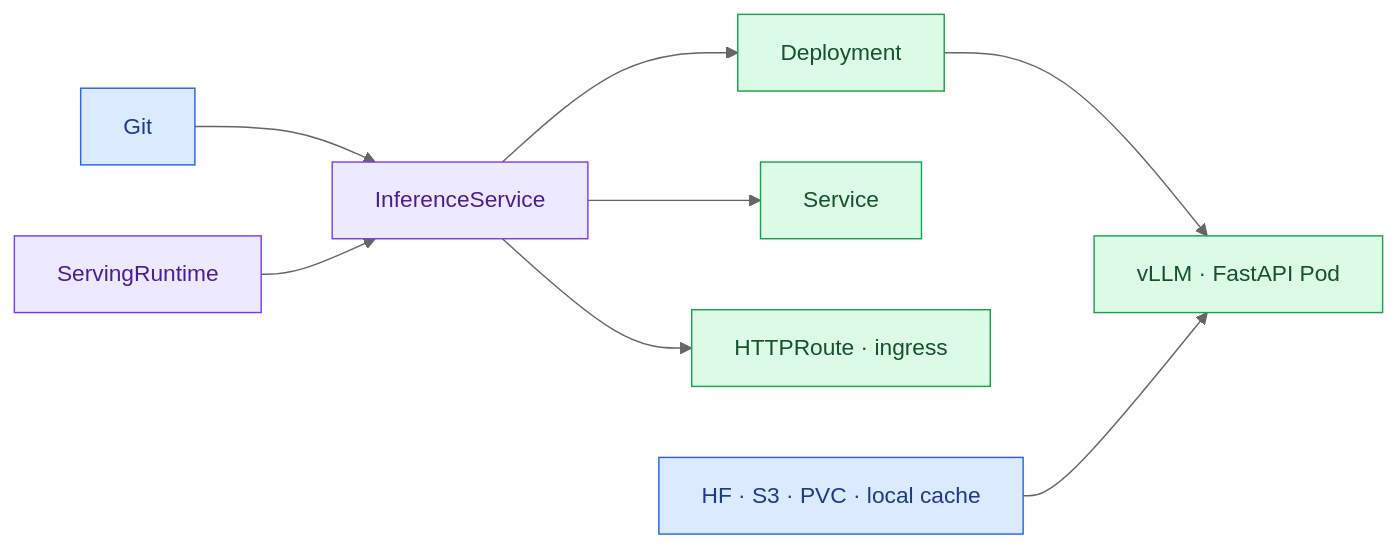
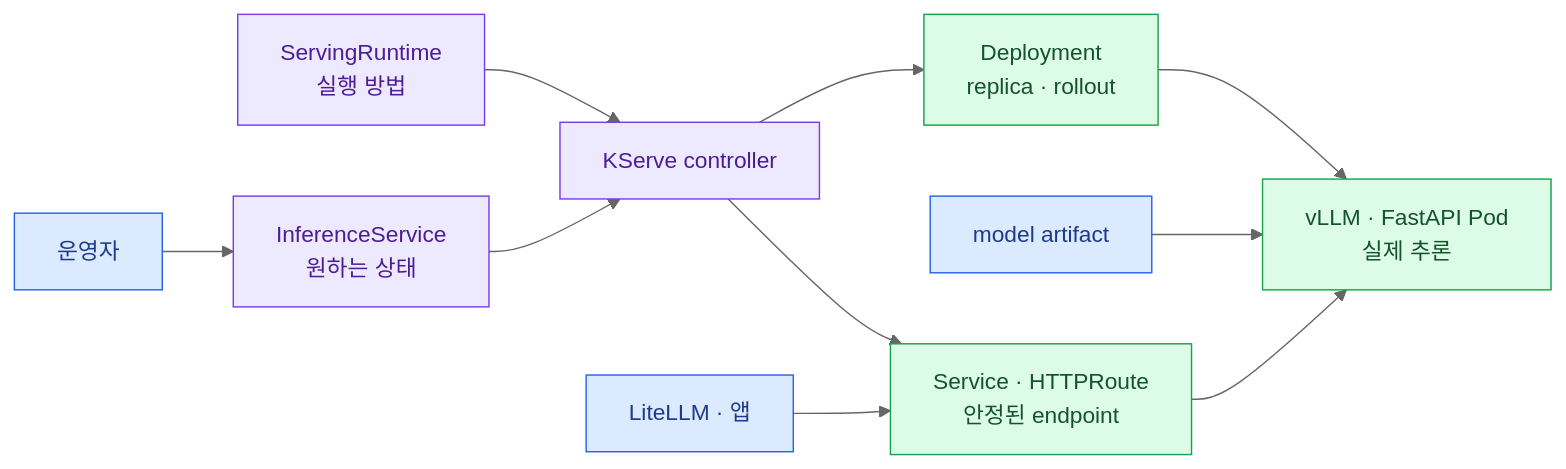
The first of 2 diagrams in src/content/docs/gpu-platform/03-kserve.mdx (mechurak/study-starlight), drawn with Mermaid (neutral theme) before and after one commit. The commit also changed other lines of this file and 20 other files, not shown here.

````diff
--- a/src/content/docs/gpu-platform/03-kserve.mdx
+++ b/src/content/docs/gpu-platform/03-kserve.mdx
@@ -24,17 +26,18 @@
 ```mermaid
 flowchart LR
-    GIT["Git"] --> ISVC["InferenceService"]
-    RUNTIME["ServingRuntime"] --> ISVC
-    ISVC --> DEPLOY["Deployment"]
-    ISVC --> SVC["Service"]
-    ISVC --> ROUTE["HTTPRoute · ingress"]
-    DEPLOY --> POD["vLLM · FastAPI Pod"]
-    MODEL["HF · S3 · PVC · local cache"] --> POD
+    OP["운영자"] --> ISVC["InferenceService<br/>원하는 상태"]
+    RT["ServingRuntime<br/>실행 방법"] --> KS["KServe controller"]
+    ISVC --> KS
+    KS --> DEP["Deployment<br/>replica · rollout"]
+    KS --> SVC["Service · HTTPRoute<br/>안정된 endpoint"]
+    DEP --> POD["vLLM · FastAPI Pod<br/>실제 추론"]
+    MODEL["model artifact"] --> POD
+    USER["LiteLLM · 앱"] --> SVC --> POD
 
-    classDef key  fill:#dbeafe,stroke:#2563eb,color:#1e3a8a
+    classDef key fill:#dbeafe,stroke:#2563eb,color:#1e3a8a
     classDef zone fill:#ede9fe,stroke:#7c3aed,color:#4c1d95
-    classDef ok   fill:#dcfce7,stroke:#16a34a,color:#14532d
-    class GIT,MODEL key
-    class ISVC,RUNTIME zone
-    class DEPLOY,SVC,ROUTE,POD ok
+    classDef ok fill:#dcfce7,stroke:#16a34a,color:#14532d
+    class OP,MODEL,USER key
+    class ISVC,RT,KS zone
+    class DEP,SVC,POD ok
 ```
````
